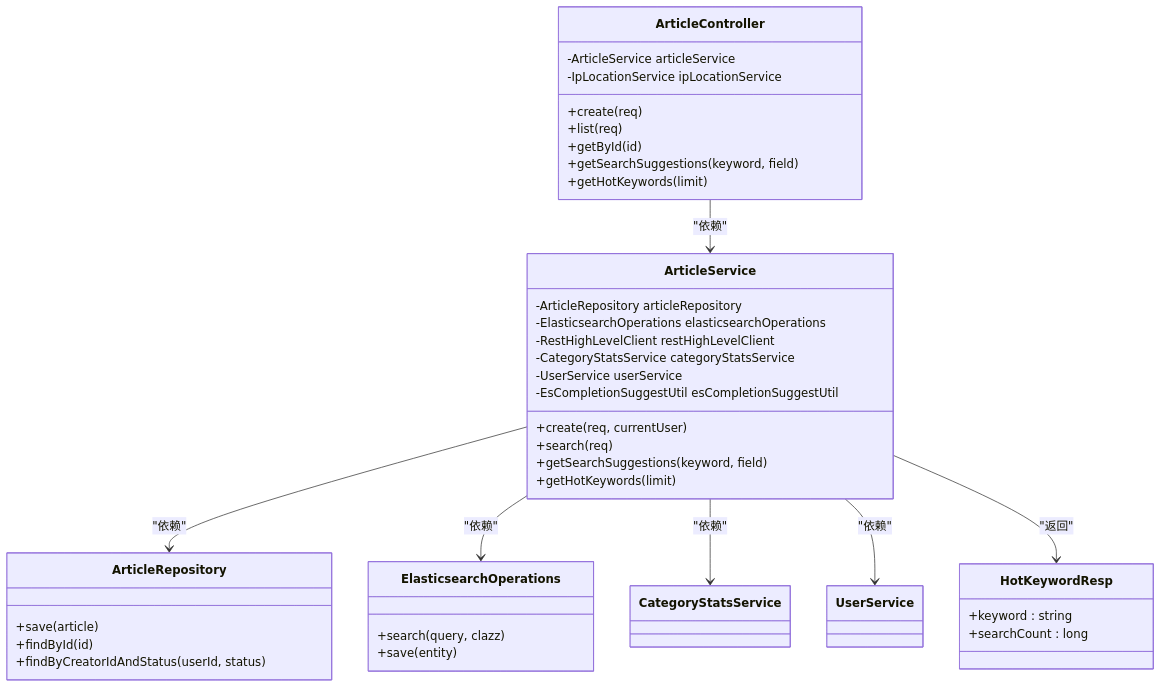
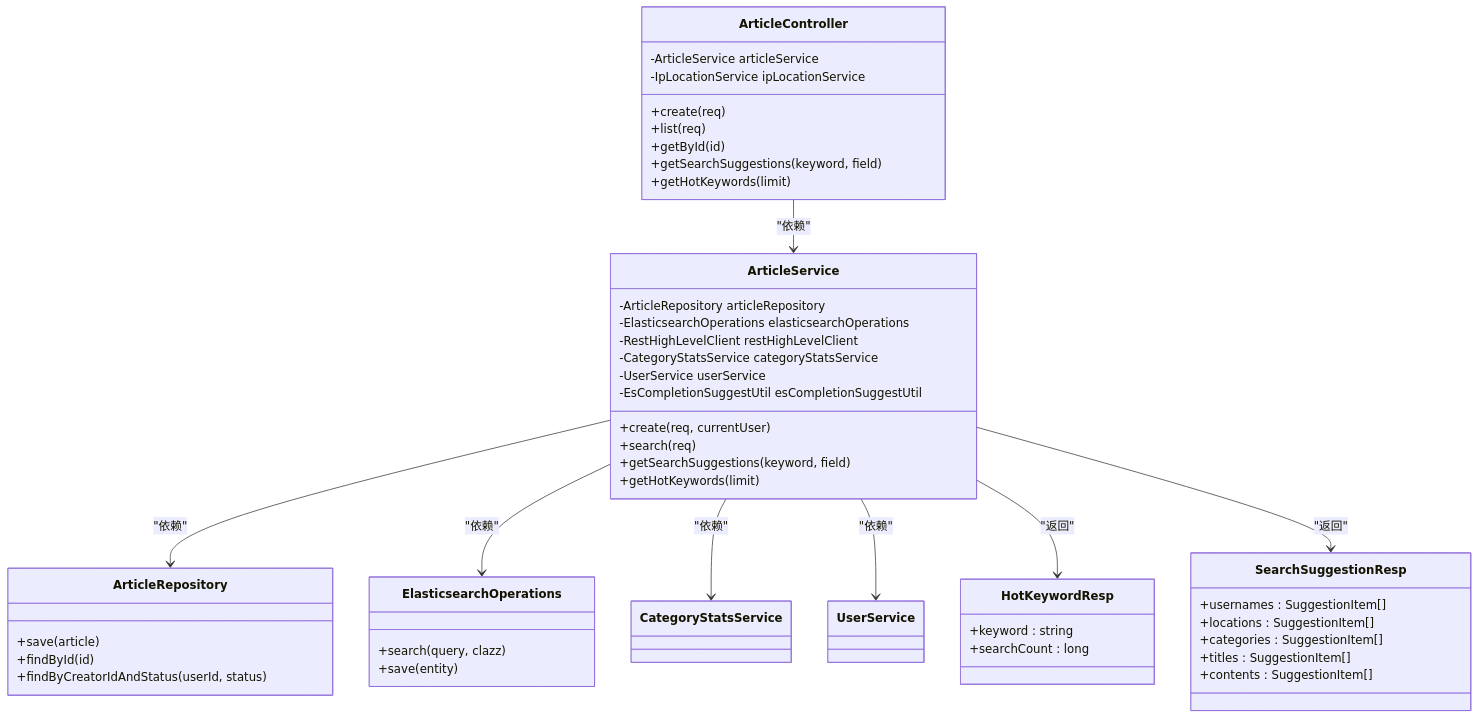
Diagram 30 of 30 in .qoder/repowiki/zh/content/Home View.md (20164206160/zhishilu), drawn with Mermaid before and after one commit. The commit also changed other lines of this file and 26 other files, not shown here.

````diff
--- a/.qoder/repowiki/zh/content/Home View.md
+++ b/.qoder/repowiki/zh/content/Home View.md
@@ -694,43 +1124,51 @@
 ```mermaid
 classDiagram
 class ArticleController {
 -ArticleService articleService
 -IpLocationService ipLocationService
 +create(req)
 +list(req)
 +getById(id)
 +getSearchSuggestions(keyword, field)
 +getHotKeywords(limit)
 }
 class ArticleService {
 -ArticleRepository articleRepository
 -ElasticsearchOperations elasticsearchOperations
 -RestHighLevelClient restHighLevelClient
 -CategoryStatsService categoryStatsService
 -UserService userService
 -EsCompletionSuggestUtil esCompletionSuggestUtil
 +create(req, currentUser)
 +search(req)
 +getSearchSuggestions(keyword, field)
 +getHotKeywords(limit)
 }
 class ArticleRepository {
 +save(article)
 +findById(id)
 +findByCreatorIdAndStatus(userId, status)
 }
 class ElasticsearchOperations {
 +search(query, clazz)
 +save(entity)
 }
 class HotKeywordResp {
 +keyword : string
 +searchCount : long
 }
+class SearchSuggestionResp {
++usernames : SuggestionItem[]
++locations : SuggestionItem[]
++categories : SuggestionItem[]
++titles : SuggestionItem[]
++contents : SuggestionItem[]
+}
 ArticleController --> ArticleService : "依赖"
 ArticleService --> ArticleRepository : "依赖"
 ArticleService --> ElasticsearchOperations : "依赖"
 ArticleService --> CategoryStatsService : "依赖"
 ArticleService --> UserService : "依赖"
 ArticleService --> HotKeywordResp : "返回"
+ArticleService --> SearchSuggestionResp : "返回"
 ```
````
